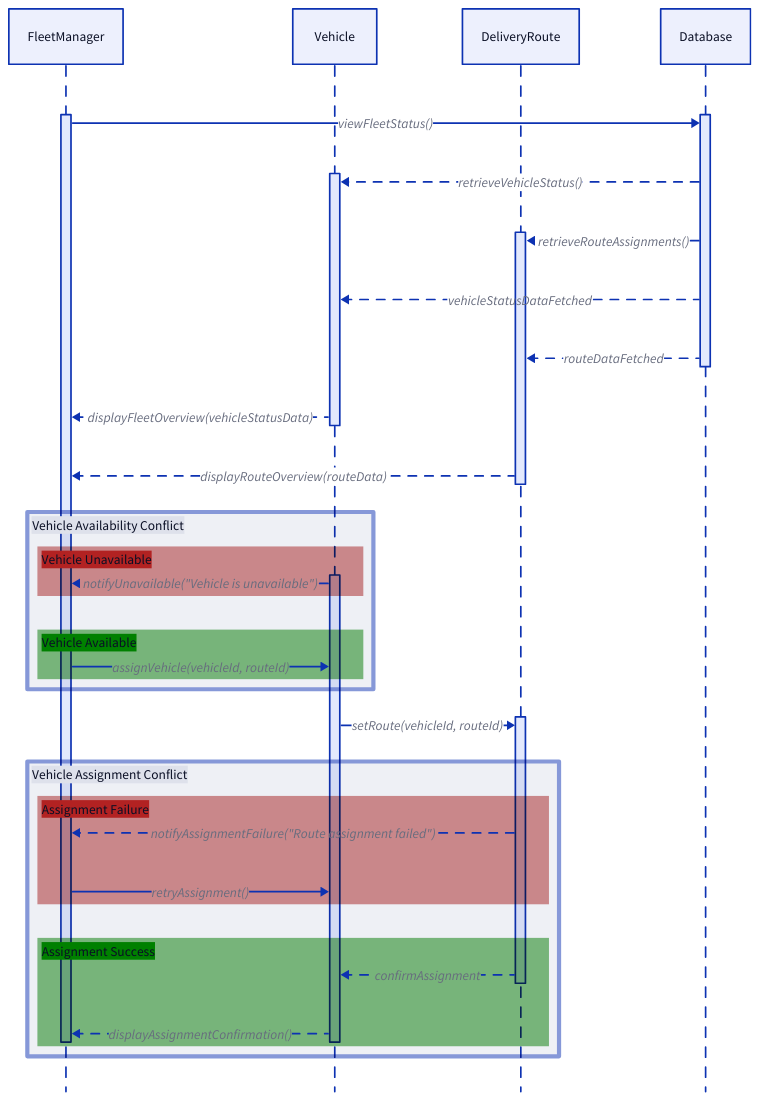
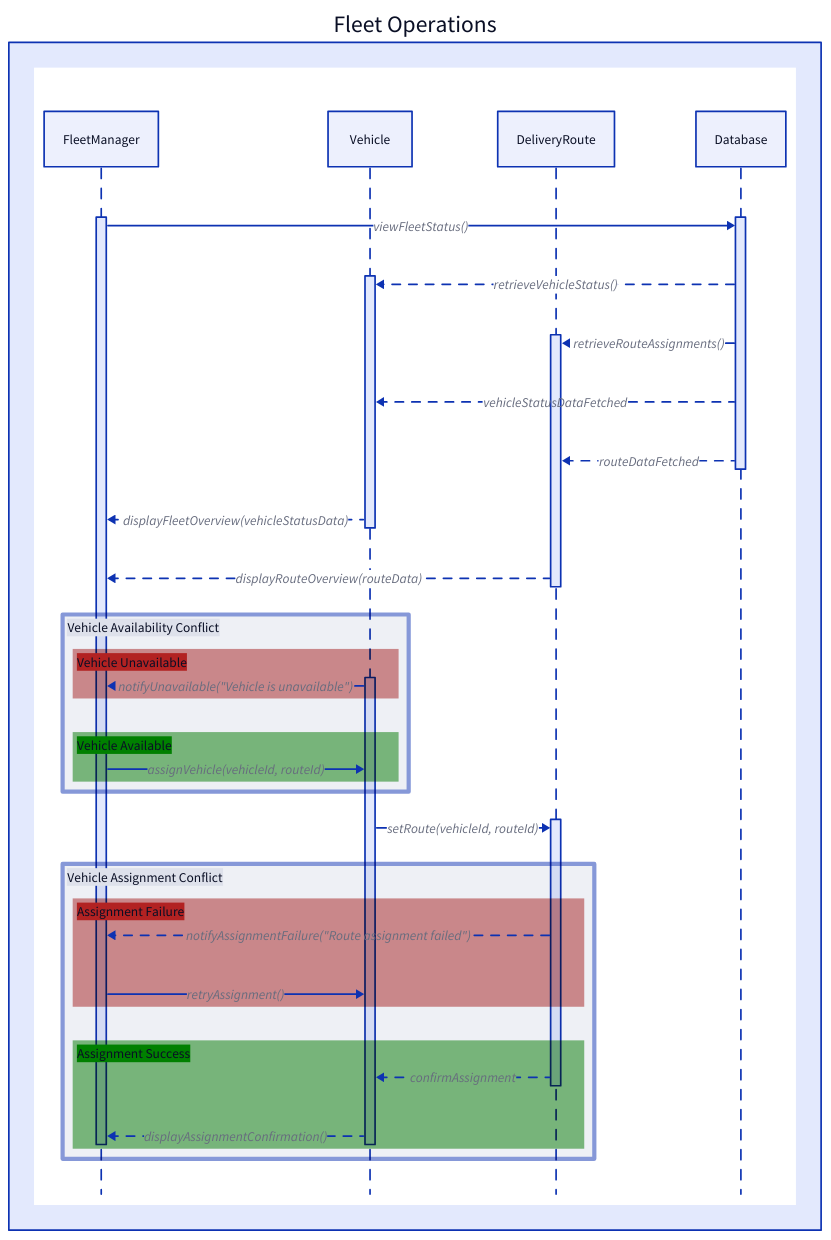
The diagram in documentation/diagrams/action-sequence/fleet-operations.d2 (Arqamz/hawktu-logistics), drawn with D2 before and after one commit. The commit also changed 25 other files, not shown here.

Commit message:
Add consistent theming to all diagrams

```diff
--- a/documentation/diagrams/action-sequence/fleet-operations.d2
+++ b/documentation/diagrams/action-sequence/fleet-operations.d2
@@ -1,64 +1,72 @@
-shape: sequence_diagram
+Fleet Operations: {
+    
+  label: "Fleet Operations"
 
-FleetManager.t1: actor
-Vehicle.t1: actor
-DeliveryRoute.t1: actor
-Database.t1: actor
+  "" : {
 
-FleetManager.t1 -> Database.t1: viewFleetStatus()
-Database.t1 -> Vehicle.t1: retrieveVehicleStatus() {
-  style.stroke-dash: 5
-}
-Database.t1 -> DeliveryRoute.t1: retrieveRouteAssignments() {
-  style.stroke-dash: 5
-}
-Vehicle.t1 <- Database.t1: vehicleStatusDataFetched {
-  style.stroke-dash: 5
-}
-DeliveryRoute.t1 <- Database.t1: routeDataFetched {
-  style.stroke-dash: 5
-}
-FleetManager.t1 <- Vehicle.t1: displayFleetOverview(vehicleStatusData) {
-  style.stroke-dash: 5
-}
-FleetManager.t1 <- DeliveryRoute.t1: displayRouteOverview(routeData) {
-  style.stroke-dash: 5
-}
+    shape: sequence_diagram
 
-alt label: "Vehicle Availability Conflict" {
-  style.stroke-width: 5
-  
-  if label: "Vehicle Unavailable" {
-    style.fill: firebrick
-    Vehicle.t2 -> FleetManager.t1: notifyUnavailable("Vehicle is unavailable") {
+    FleetManager.t1: actor
+    Vehicle.t1: actor
+    DeliveryRoute.t1: actor
+    Database.t1: actor
+
+    FleetManager.t1 -> Database.t1: viewFleetStatus()
+    Database.t1 -> Vehicle.t1: retrieveVehicleStatus() {
       style.stroke-dash: 5
     }
-  }
-  else label: "Vehicle Available" {
-    style.fill: green
-    FleetManager.t1 -> Vehicle.t2: assignVehicle(vehicleId, routeId)
-  }
-}
-
-Vehicle.t2 -> DeliveryRoute.t2: setRoute(vehicleId, routeId)
-
-alt1 label: "Vehicle Assignment Conflict" {
-  style.stroke-width: 5
-
-  if label: "Assignment Failure" {
-    style.fill: firebrick
-    DeliveryRoute.t2 -> FleetManager.t1: notifyAssignmentFailure("Route assignment failed") {
+    Database.t1 -> DeliveryRoute.t1: retrieveRouteAssignments() {
       style.stroke-dash: 5
     }
-    FleetManager.t1 -> Vehicle.t2: retryAssignment()
-  }
-  else label: "Assignment Success" {
-    style.fill: green
-    Vehicle.t2 <- DeliveryRoute.t2: confirmAssignment {
+    Vehicle.t1 <- Database.t1: vehicleStatusDataFetched {
       style.stroke-dash: 5
     }
-    FleetManager.t1 <- Vehicle.t2: displayAssignmentConfirmation() {
+    DeliveryRoute.t1 <- Database.t1: routeDataFetched {
       style.stroke-dash: 5
+    }
+    FleetManager.t1 <- Vehicle.t1: displayFleetOverview(vehicleStatusData) {
+      style.stroke-dash: 5
+    }
+    FleetManager.t1 <- DeliveryRoute.t1: displayRouteOverview(routeData) {
+      style.stroke-dash: 5
+    }
+
+    alt label: "Vehicle Availability Conflict" {
+      style.stroke-width: 5
+      
+      if label: "Vehicle Unavailable" {
+        style.fill: firebrick
+        Vehicle.t2 -> FleetManager.t1: notifyUnavailable("Vehicle is unavailable") {
+          style.stroke-dash: 5
+        }
+      }
+      else label: "Vehicle Available" {
+        style.fill: green
+        FleetManager.t1 -> Vehicle.t2: assignVehicle(vehicleId, routeId)
+      }
+    }
+
+    Vehicle.t2 -> DeliveryRoute.t2: setRoute(vehicleId, routeId)
+
+    alt1 label: "Vehicle Assignment Conflict" {
+      style.stroke-width: 5
+
+      if label: "Assignment Failure" {
+        style.fill: firebrick
+        DeliveryRoute.t2 -> FleetManager.t1: notifyAssignmentFailure("Route assignment failed") {
+          style.stroke-dash: 5
+        }
+        FleetManager.t1 -> Vehicle.t2: retryAssignment()
+      }
+      else label: "Assignment Success" {
+        style.fill: green
+        Vehicle.t2 <- DeliveryRoute.t2: confirmAssignment {
+          style.stroke-dash: 5
+        }
+        FleetManager.t1 <- Vehicle.t2: displayAssignmentConfirmation() {
+          style.stroke-dash: 5
+        }
+      }
     }
   }
 }
```
